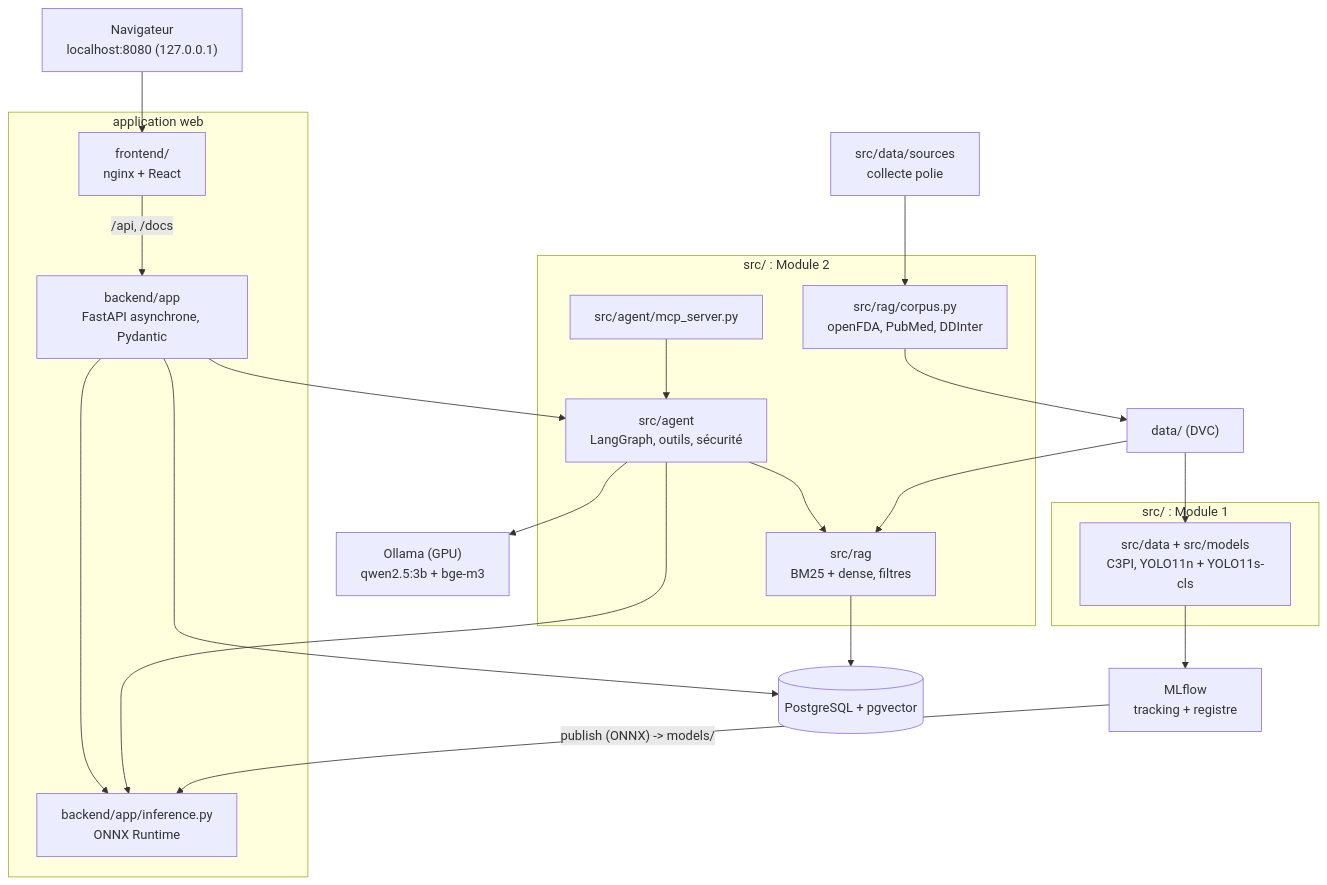
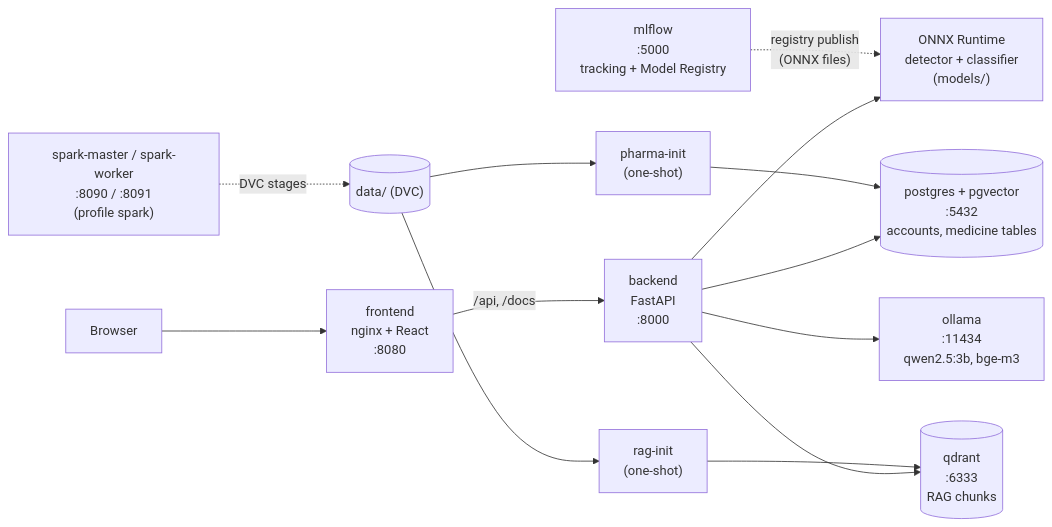
The first of 3 diagrams in docs/architecture.md (melekbouabid/syRX), drawn with Mermaid before and after one commit. The commit also changed other lines of this file and 107 other files, not shown here.

First line of the commit message:
docs(docs): restructure into architecture, data, api, decisions and one guide per module

````diff
--- a/docs/architecture.md
+++ b/docs/architecture.md
@@ -11,31 +10,15 @@
 ```mermaid
-flowchart TB
-  NAV["Navigateur<br/>localhost:8080 (127.0.0.1)"] --> FE
-  subgraph APP["application web"]
-    FE["frontend/<br/>nginx + React"] -- "/api, /docs" --> BE["backend/app<br/>FastAPI asynchrone, Pydantic"]
-    SCAN["backend/app/inference.py<br/>ONNX Runtime"]
-  end
-  subgraph M1["src/ : Module 1"]
-    TR["src/data + src/models<br/>C3PI, YOLO11n + YOLO11s-cls"]
-  end
-  subgraph M2["src/ : Module 2"]
-    CORP["src/rag/corpus.py<br/>openFDA, PubMed, DDInter"]
-    RAG["src/rag<br/>BM25 + dense, filtres"]
-    AG["src/agent<br/>LangGraph, outils, sécurité"]
-    MCP["src/agent/mcp_server.py"]
-  end
-  BE --> SCAN
-  BE --> AG
-  MCP --> AG
-  AG --> SCAN
-  AG --> RAG
-  RAG --> PG[("PostgreSQL + pgvector")]
-  BE --> PG
-  AG --> OL["Ollama (GPU)<br/>qwen2.5:3b + bge-m3"]
-  DATA["data/ (DVC)"] --> TR
-  PIPE["src/data/sources<br/>collecte polie"] --> CORP
-  CORP --> DATA
-  DATA --> RAG
-  TR --> MLF["MLflow<br/>tracking + registre"]
-  MLF -- "publish (ONNX) -> models/" --> SCAN
+flowchart LR
+  user["Browser"] --> fe["frontend<br/>nginx + React<br/>:8080"]
+  fe -- "/api, /docs" --> be["backend<br/>FastAPI<br/>:8000"]
+  be --> onnx["ONNX Runtime<br/>detector + classifier<br/>(models/)"]
+  be --> pg[("postgres + pgvector<br/>:5432<br/>accounts, medicine tables")]
+  be --> qd[("qdrant<br/>:6333<br/>RAG chunks")]
+  be --> ol["ollama<br/>:11434<br/>qwen2.5:3b, bge-m3"]
+  mlf["mlflow<br/>:5000<br/>tracking + Model Registry"] -. "registry publish<br/>(ONNX files)" .-> onnx
+  init1["pharma-init<br/>(one-shot)"] --> pg
+  init2["rag-init<br/>(one-shot)"] --> qd
+  spark["spark-master / spark-worker<br/>:8090 / :8091<br/>(profile spark)"] -. "DVC stages" .-> data[("data/ (DVC)")]
+  data --> init1
+  data --> init2
 ```
````
